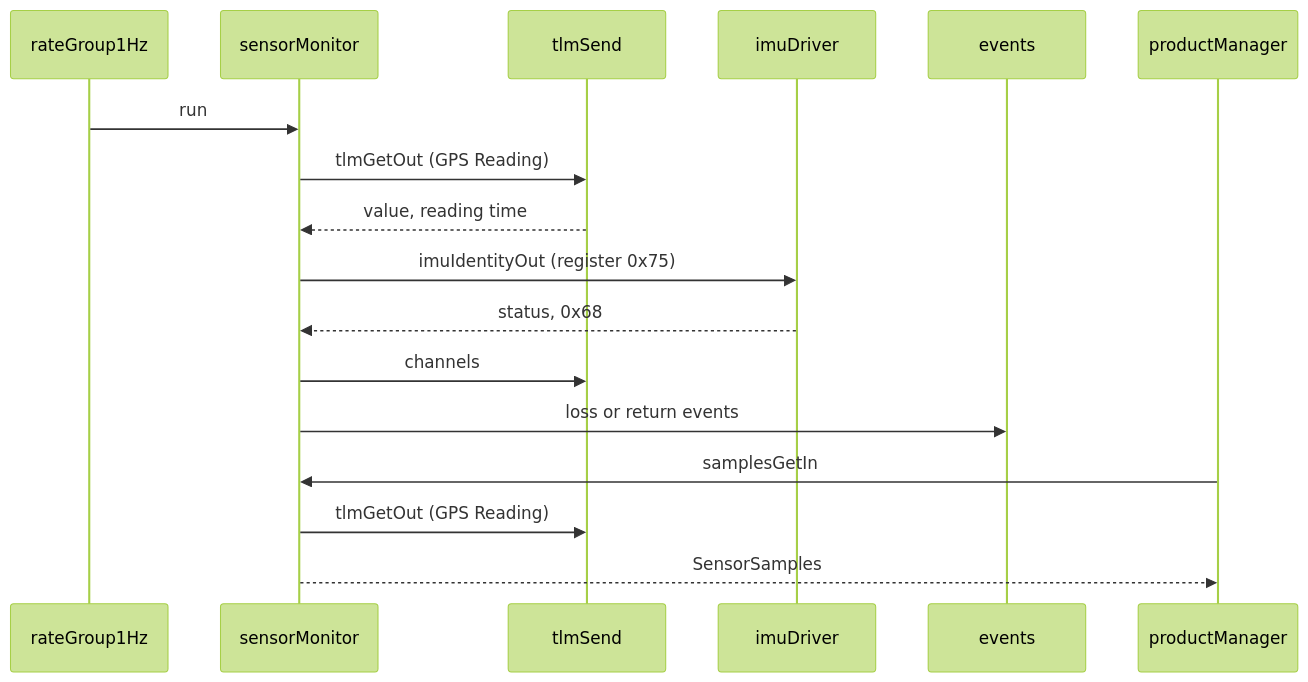
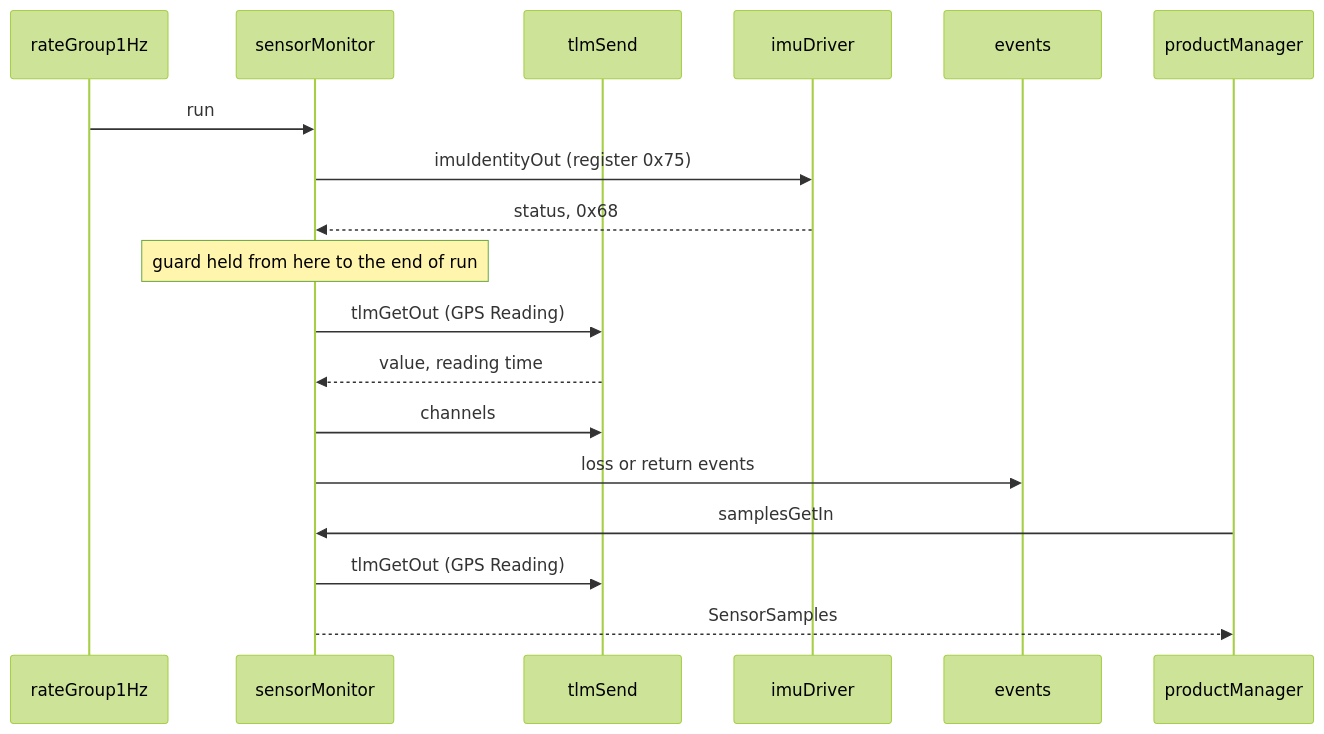
The diagram in Components/SensorMonitor/docs/sdd.md (lestarch-autobot/fprime-pi-sensor-reference), drawn with Mermaid (forest theme) before and after one commit. The commit also changed other lines of this file and 1 other file, not shown here.

````diff
--- a/Components/SensorMonitor/docs/sdd.md
+++ b/Components/SensorMonitor/docs/sdd.md
@@ -172,19 +172,20 @@
 ```mermaid
 sequenceDiagram
     participant RG as rateGroup1Hz
     participant SM as sensorMonitor
     participant TC as tlmSend
     participant I2C as imuDriver
     participant EV as events
     participant PM as productManager
     RG->>SM: run
+    SM->>I2C: imuIdentityOut (register 0x75)
+    I2C-->>SM: status, 0x68
+    Note over SM: guard held from here to the end of run
     SM->>TC: tlmGetOut (GPS Reading)
     TC-->>SM: value, reading time
-    SM->>I2C: imuIdentityOut (register 0x75)
-    I2C-->>SM: status, 0x68
     SM->>TC: channels
     SM->>EV: loss or return events
     PM->>SM: samplesGetIn
     SM->>TC: tlmGetOut (GPS Reading)
     SM-->>PM: SensorSamples
 ```
````
